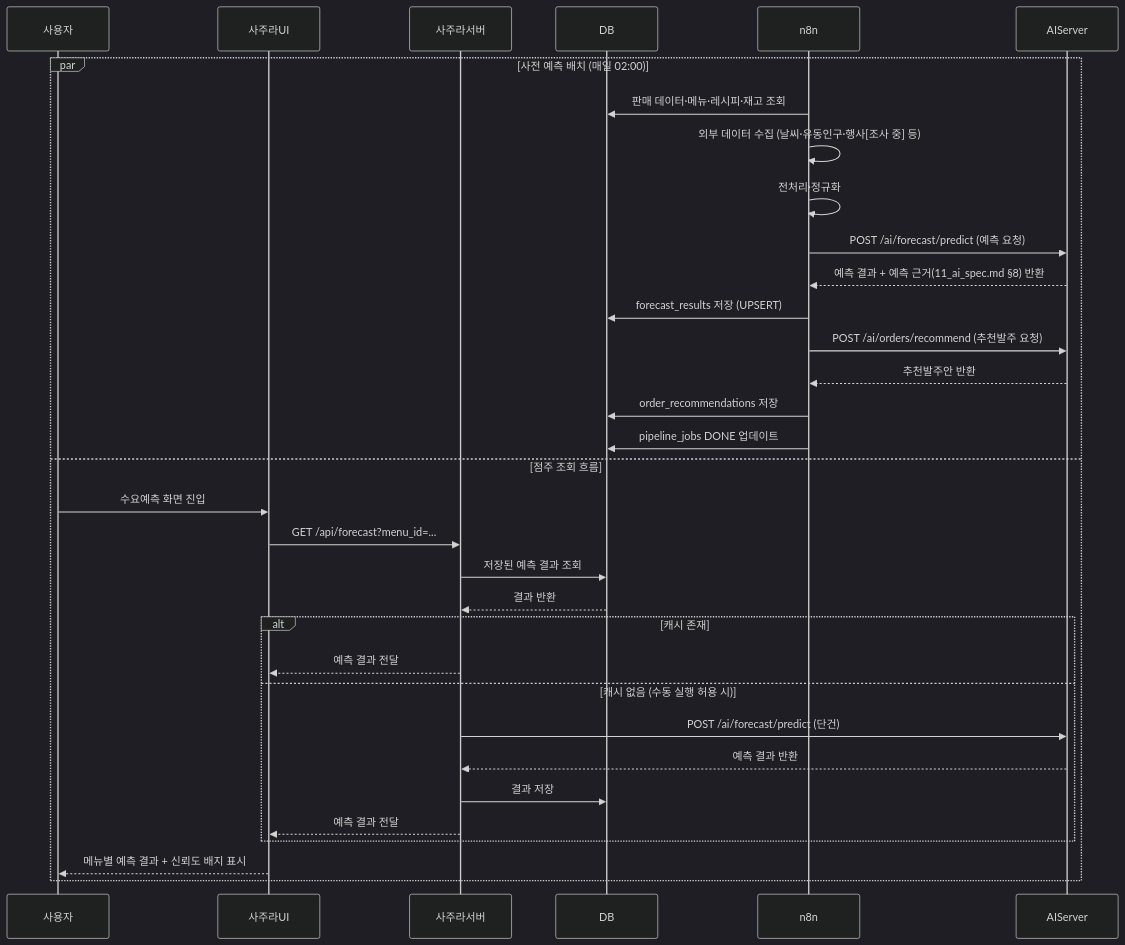
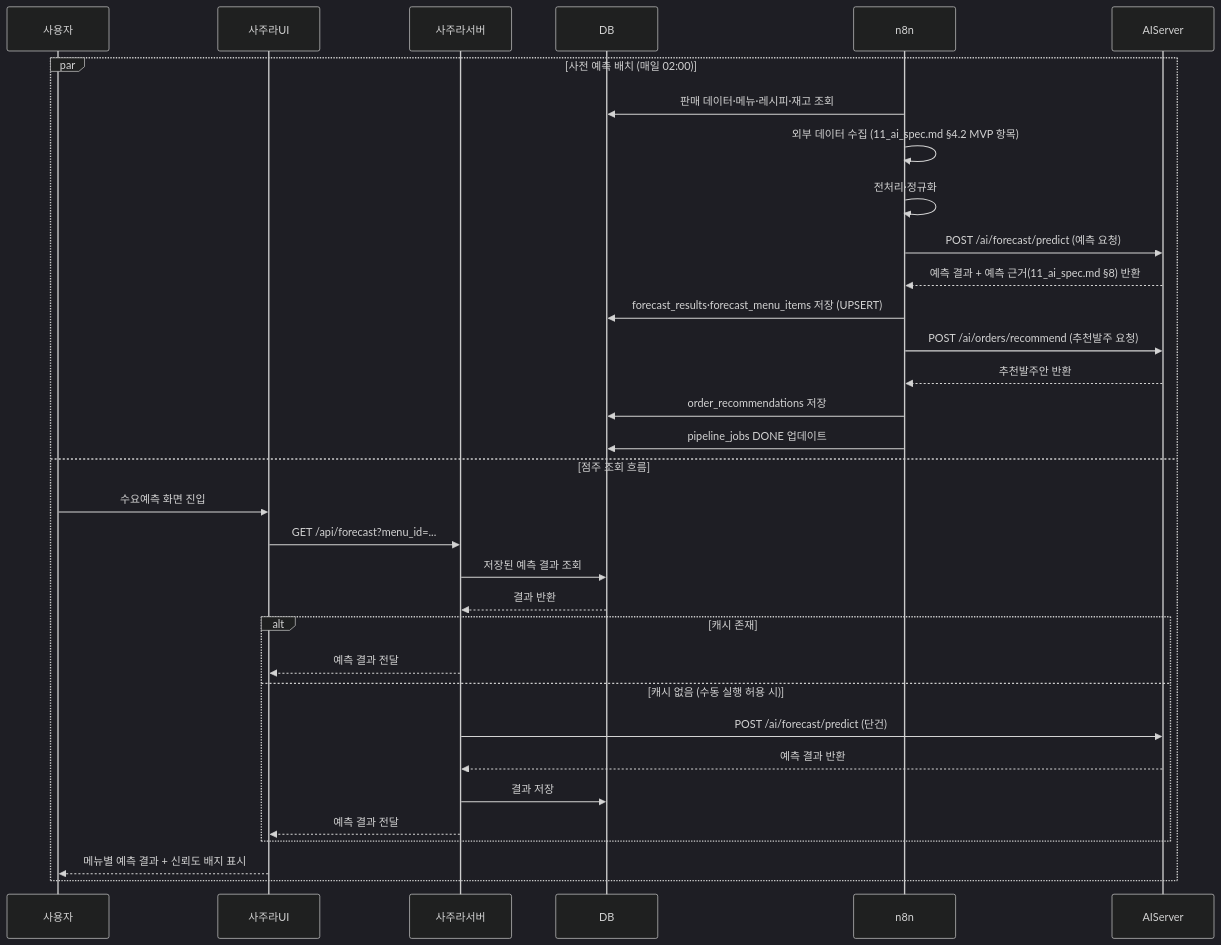
The second of 7 diagrams in docs/spec/06_sequence.md (h-taek/CapstoneDesign-Sajura), drawn with Mermaid (dark theme) before and after one commit. The commit also changed other lines of this file and 15 other files, not shown here.

````diff
--- a/docs/spec/06_sequence.md
+++ b/docs/spec/06_sequence.md
@@ -118,36 +118,36 @@
 ```mermaid
 sequenceDiagram
     participant 사용자
     participant 사주라UI
     participant 사주라서버
     participant DB
     participant n8n
     participant AIServer
 
     par 사전 예측 배치 (매일 02:00)
         n8n->>DB: 판매 데이터·메뉴·레시피·재고 조회
-        n8n->>n8n: 외부 데이터 수집 (날씨·유동인구·행사[조사 중] 등)
+        n8n->>n8n: 외부 데이터 수집 (11_ai_spec.md §4.2 MVP 항목)
         n8n->>n8n: 전처리·정규화
         n8n->>AIServer: POST /ai/forecast/predict (예측 요청)
         AIServer-->>n8n: 예측 결과 + 예측 근거(11_ai_spec.md §8) 반환
-        n8n->>DB: forecast_results 저장 (UPSERT)
+        n8n->>DB: forecast_results·forecast_menu_items 저장 (UPSERT)
         n8n->>AIServer: POST /ai/orders/recommend (추천발주 요청)
         AIServer-->>n8n: 추천발주안 반환
         n8n->>DB: order_recommendations 저장
         n8n->>DB: pipeline_jobs DONE 업데이트
     and 점주 조회 흐름
         사용자->>사주라UI: 수요예측 화면 진입
         사주라UI->>사주라서버: GET /api/forecast?menu_id=...
         사주라서버->>DB: 저장된 예측 결과 조회
         DB-->>사주라서버: 결과 반환
         alt 캐시 존재
             사주라서버-->>사주라UI: 예측 결과 전달
         else 캐시 없음 (수동 실행 허용 시)
             사주라서버->>AIServer: POST /ai/forecast/predict (단건)
             AIServer-->>사주라서버: 예측 결과 반환
             사주라서버->>DB: 결과 저장
             사주라서버-->>사주라UI: 예측 결과 전달
         end
         사주라UI-->>사용자: 메뉴별 예측 결과 + 신뢰도 배지 표시
     end
 ```
````
